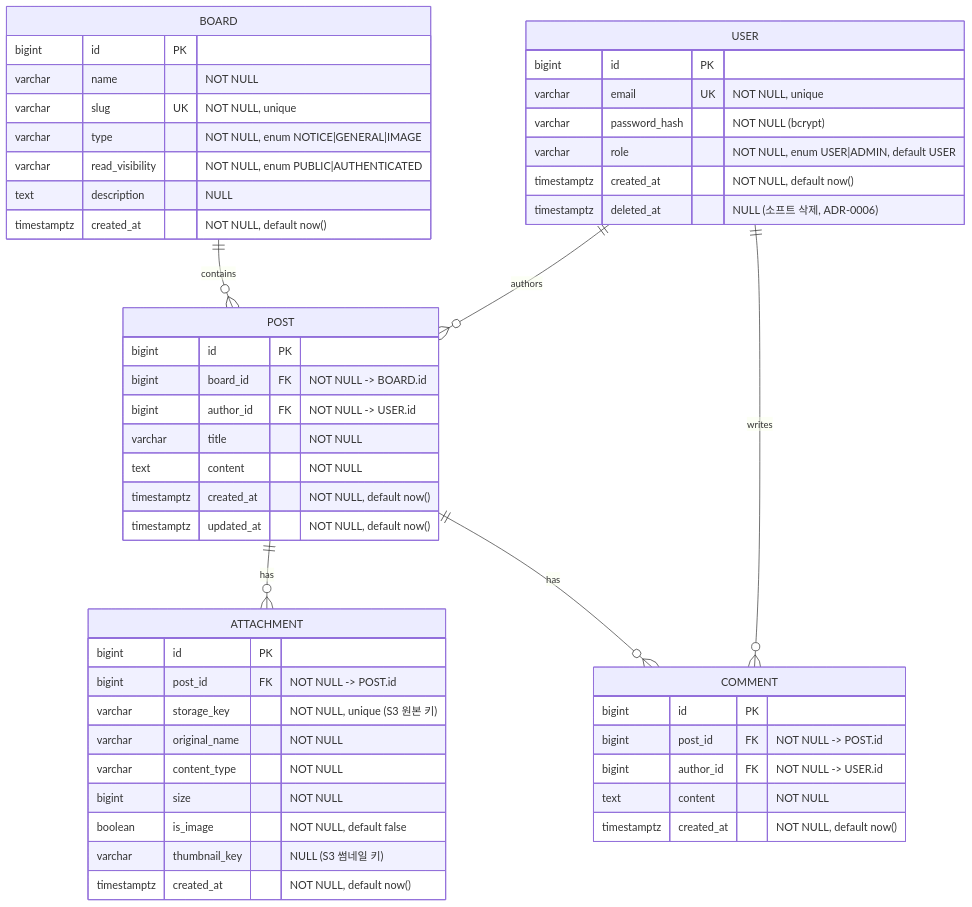
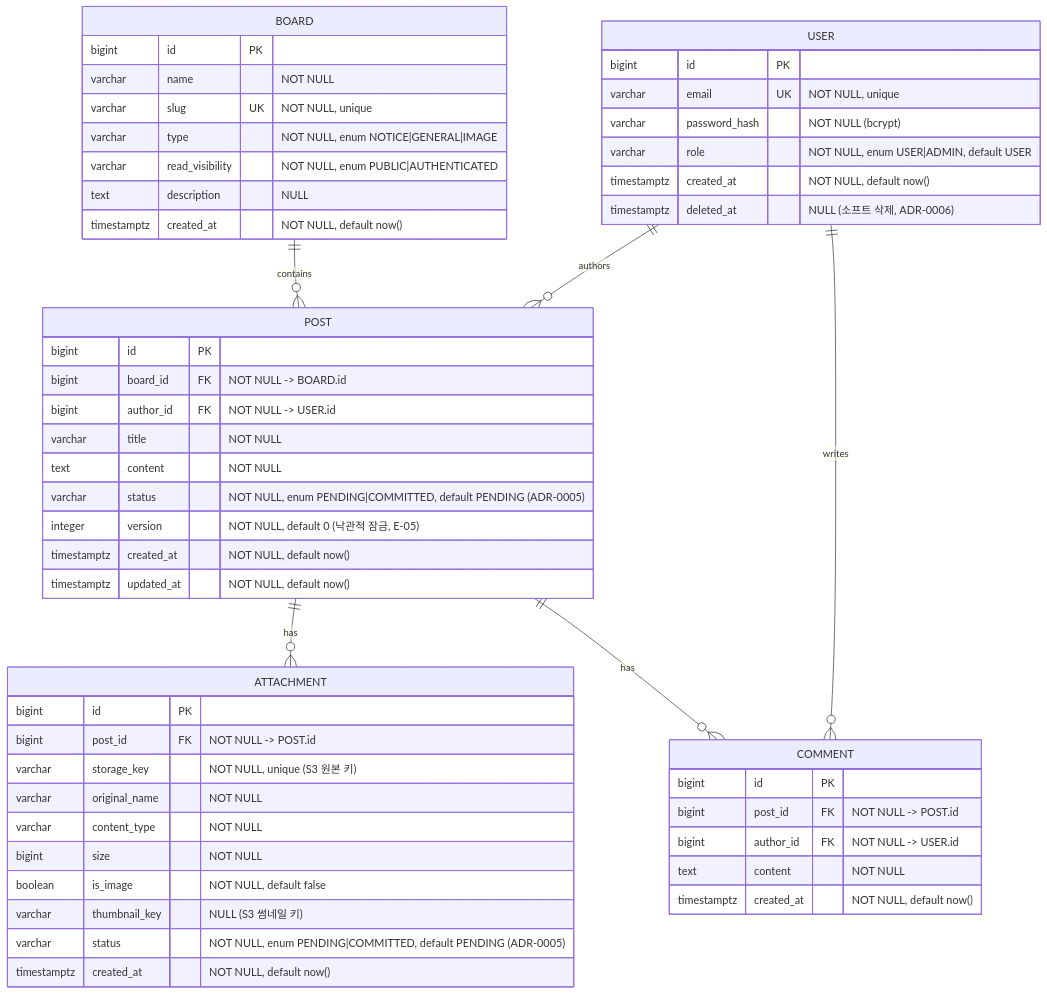
Before and after one commit to dalli/boards: the diagram in docs/architecture/db-schema.md, drawn with Mermaid. The commit also changed other lines of this file and 6 other files, not shown here.

````diff
--- a/docs/architecture/db-schema.md
+++ b/docs/architecture/db-schema.md
@@ -5,53 +5,56 @@
 ```mermaid
 erDiagram
   USER ||--o{ POST : authors
   USER ||--o{ COMMENT : writes
   BOARD ||--o{ POST : contains
   POST ||--o{ ATTACHMENT : has
   POST ||--o{ COMMENT : has
 
   USER {
     bigint id PK
     varchar email UK "NOT NULL, unique"
     varchar password_hash "NOT NULL (bcrypt)"
     varchar role "NOT NULL, enum USER|ADMIN, default USER"
     timestamptz created_at "NOT NULL, default now()"
     timestamptz deleted_at "NULL (소프트 삭제, ADR-0006)"
   }
   BOARD {
     bigint id PK
     varchar name "NOT NULL"
     varchar slug UK "NOT NULL, unique"
     varchar type "NOT NULL, enum NOTICE|GENERAL|IMAGE"
     varchar read_visibility "NOT NULL, enum PUBLIC|AUTHENTICATED"
     text description "NULL"
     timestamptz created_at "NOT NULL, default now()"
   }
   POST {
     bigint id PK
     bigint board_id FK "NOT NULL -> BOARD.id"
     bigint author_id FK "NOT NULL -> USER.id"
     varchar title "NOT NULL"
     text content "NOT NULL"
+    varchar status "NOT NULL, enum PENDING|COMMITTED, default PENDING (ADR-0005)"
+    integer version "NOT NULL, default 0 (낙관적 잠금, E-05)"
     timestamptz created_at "NOT NULL, default now()"
     timestamptz updated_at "NOT NULL, default now()"
   }
   ATTACHMENT {
     bigint id PK
     bigint post_id FK "NOT NULL -> POST.id"
     varchar storage_key "NOT NULL, unique (S3 원본 키)"
     varchar original_name "NOT NULL"
     varchar content_type "NOT NULL"
     bigint size "NOT NULL"
     boolean is_image "NOT NULL, default false"
     varchar thumbnail_key "NULL (S3 썸네일 키)"
+    varchar status "NOT NULL, enum PENDING|COMMITTED, default PENDING (ADR-0005)"
     timestamptz created_at "NOT NULL, default now()"
   }
   COMMENT {
     bigint id PK
     bigint post_id FK "NOT NULL -> POST.id"
     bigint author_id FK "NOT NULL -> USER.id"
     text content "NOT NULL"
     timestamptz created_at "NOT NULL, default now()"
   }
 ```
````
